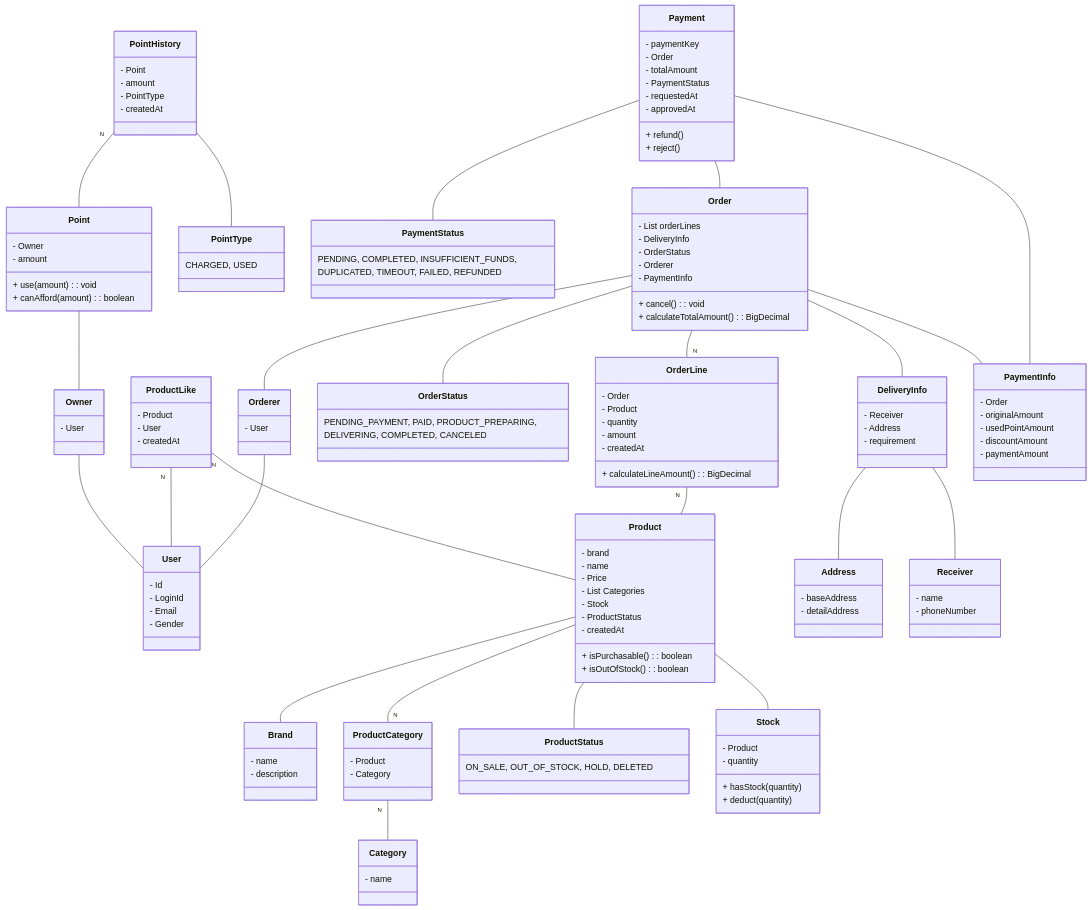
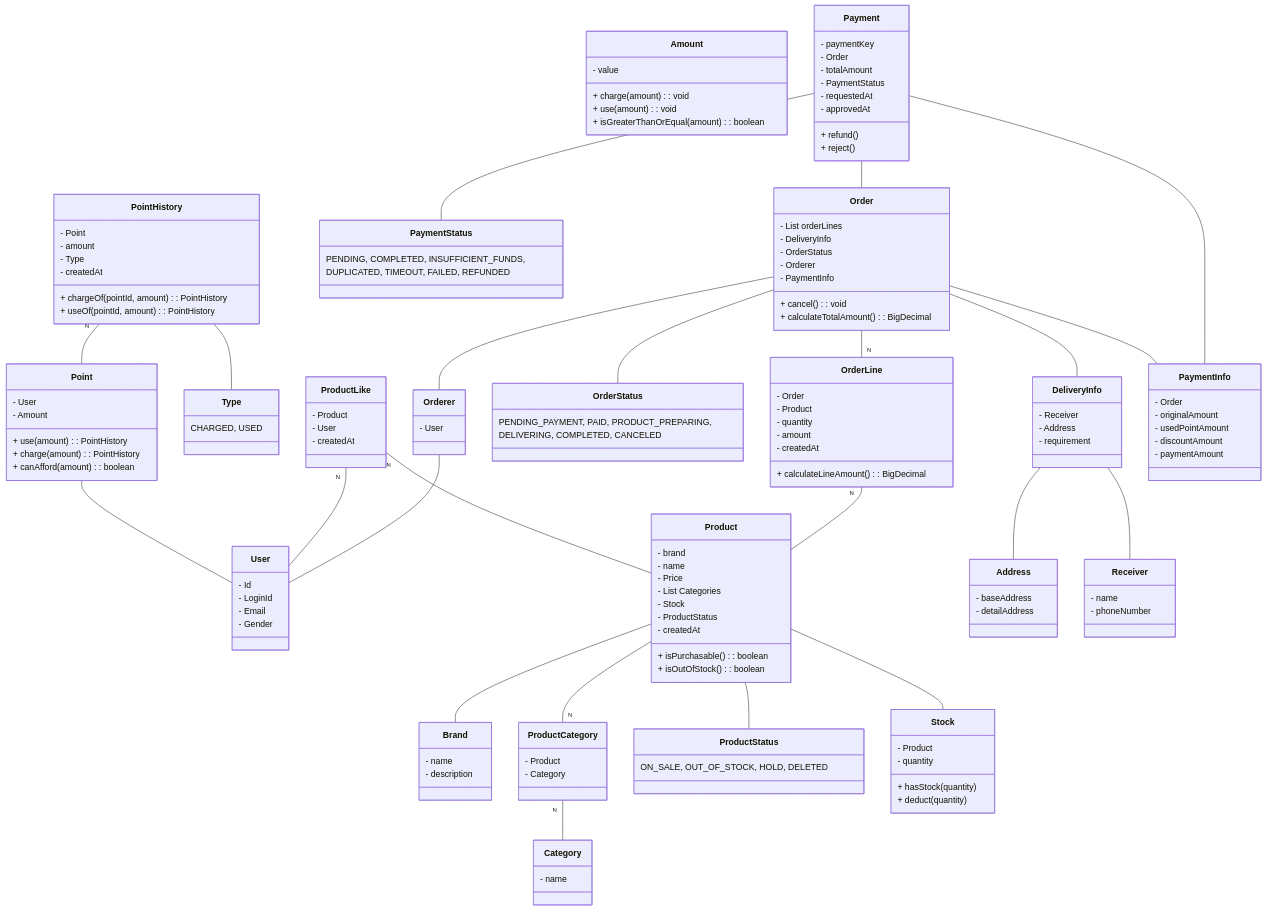
One commit to hgh1472/loopers changed the diagram in docs/design/03-class-diagrams.md. Above: the diagram before and after it, drawn with Mermaid. The commit also changed 20 other files, not shown here.

```diff
--- a/docs/design/03-class-diagrams.md
+++ b/docs/design/03-class-diagrams.md
@@ -10,22 +10,28 @@
         - Email
         - Gender
     }
-    class Owner {
+    class Point {
         - User
-    }
-    class Point {
-        - Owner
-        - amount
-        + use(amount) : void
+        - Amount
+        + use(amount) : PointHistory
+        + charge(amount) : PointHistory
         + canAfford(amount) : boolean
     }
     class PointHistory {
         - Point
         - amount
-        - PointType
+        - Type
         - createdAt
+        + chargeOf(pointId, amount) : PointHistory
+        + useOf(pointId, amount) : PointHistory
     }
-    class PointType {
+    class Amount {
+        - value
+        + charge(amount) : void
+        + use(amount) : void
+        + isGreaterThanOrEqual(amount) : boolean
+    }
+    class Type {
         CHARGED, USED
     }
 
@@ -128,10 +134,9 @@
     }
 
     %% 관계 정의
-    Owner -- User
-    Point -- Owner
+    Point -- User
     PointHistory "N" -- Point
-    PointHistory -- PointType
+    PointHistory -- Type
 
     Product -- Brand
     Product -- "N" ProductCategory
```
